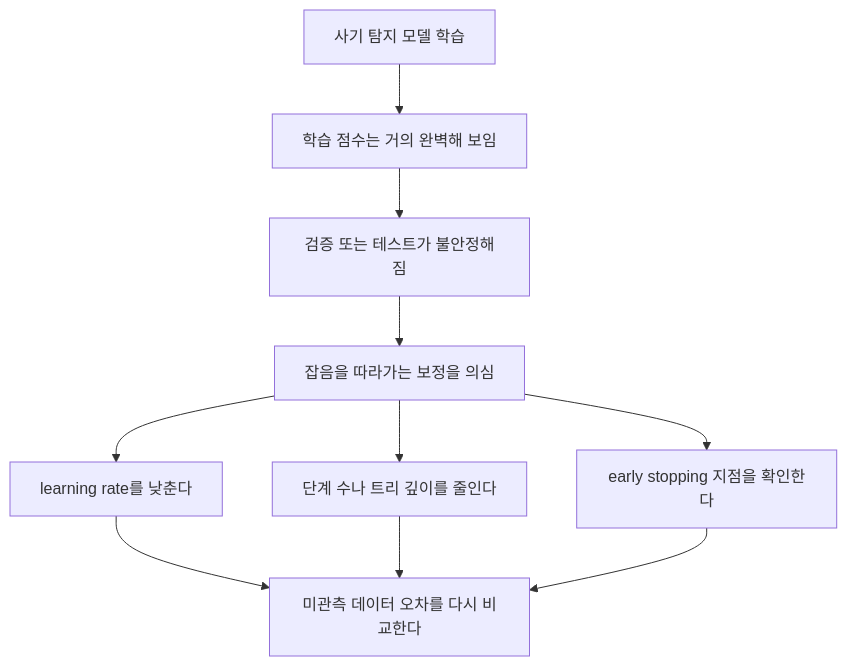
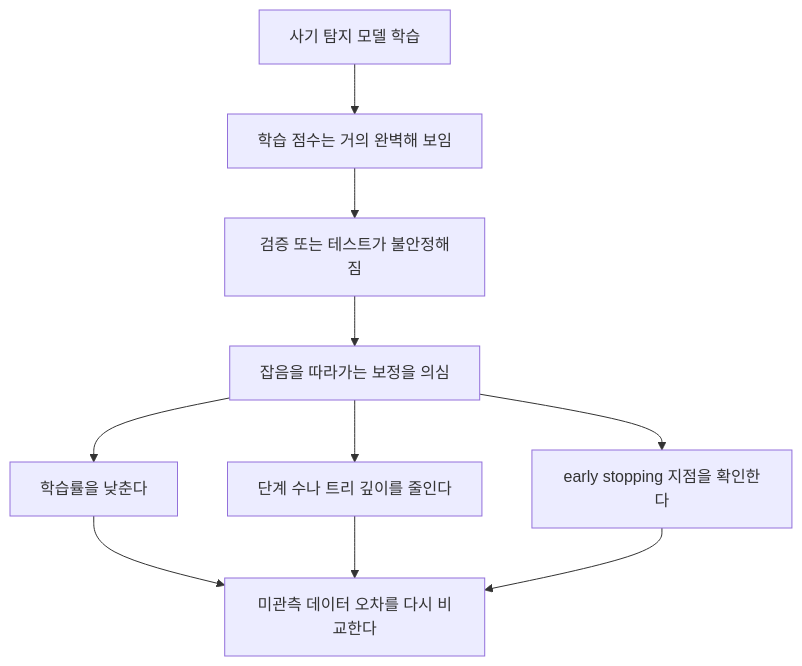
Before and after one commit to devchan64/AiBook: the diagram in docs/assets/part-04/chapter-16/p4-16-2-mermaid-02-ko.mmd, drawn with Mermaid. The commit also changed 91 other files, not shown here.

Commit message:
Finalize Part 4 Korean and Chinese diagram localization

```diff
--- a/docs/assets/part-04/chapter-16/p4-16-2-mermaid-02-ko.mmd
+++ b/docs/assets/part-04/chapter-16/p4-16-2-mermaid-02-ko.mmd
@@ -1,17 +1,17 @@
 flowchart TD
   A["사기 탐지 모델 학습"]
   B["학습 점수는 거의 완벽해 보임"]
   C["검증 또는 테스트가 불안정해짐"]
   D["잡음을 따라가는 보정을 의심"]
-  E["learning rate를 낮춘다"]
+  E["학습률을 낮춘다"]
   F["단계 수나 트리 깊이를 줄인다"]
   G["early stopping 지점을 확인한다"]
   H["미관측 데이터 오차를 다시 비교한다"]
 
   A --> B --> C --> D
   D --> E
   D --> F
   D --> G
   E --> H
   F --> H
   G --> H
```
